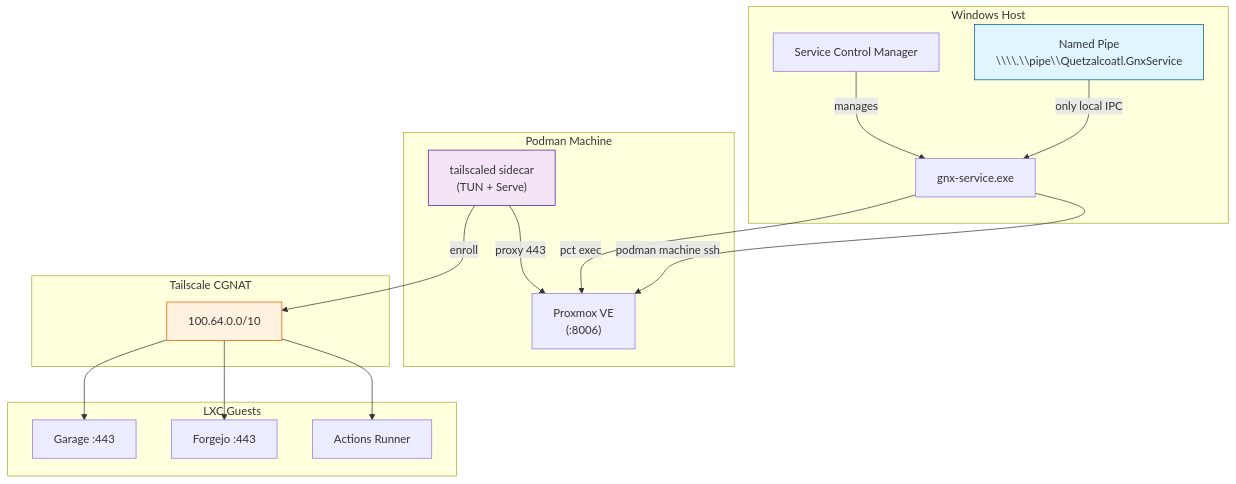
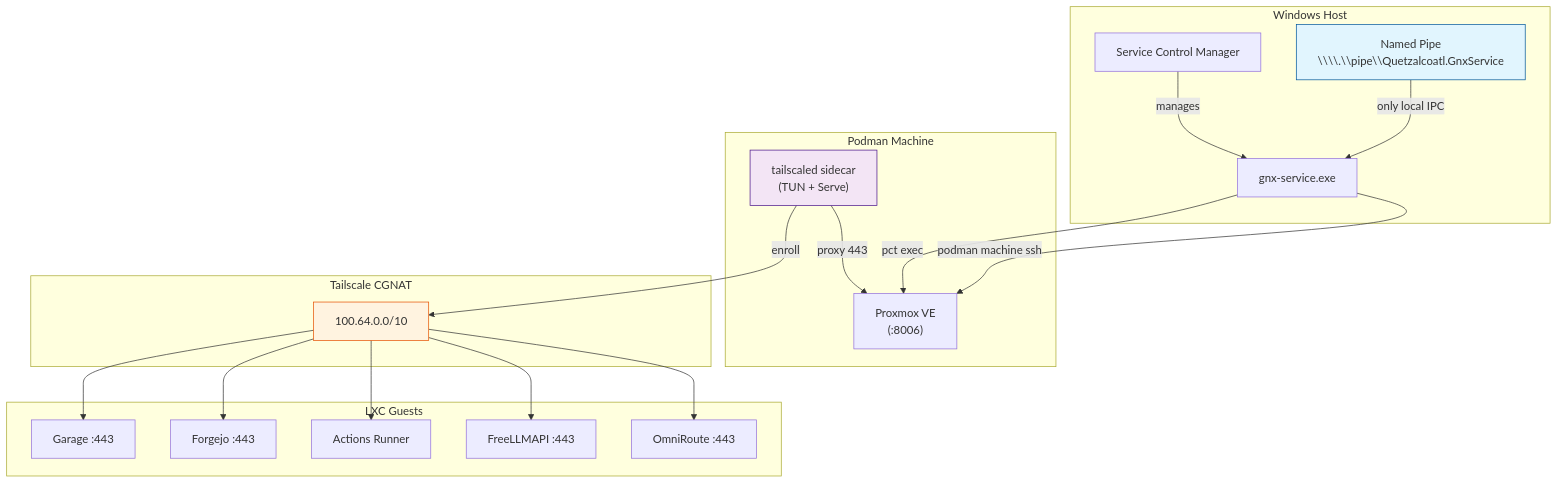
The fifth of 5 diagrams in docs/ARCHITECTURE.md (mayas-alas/quetzalcoatl), drawn with Mermaid before and after one commit. The commit also changed other lines of this file and 5 other files, not shown here.

Commit message:
docs: agent workflow guide, workstream-claim template, architecture resolution

````diff
--- a/docs/ARCHITECTURE.md
+++ b/docs/ARCHITECTURE.md
@@ -304,39 +302,43 @@
 ```mermaid
 graph TB
     subgraph "Windows Host"
         HostPipe["Named Pipe<br/>\\\\.\\pipe\\Quetzalcoatl.GnxService"]
         SCM["Service Control Manager"]
         Service["gnx-service.exe"]
     end
 
     subgraph "Podman Machine"
         TailscaleSidecar["tailscaled sidecar<br/>(TUN + Serve)"]
         Proxmox["Proxmox VE<br/>(:8006)"]
     end
 
     subgraph "Tailscale CGNAT"
         Tailnet["100.64.0.0/10"]
     end
 
     subgraph "LXC Guests"
         Garage["Garage :443"]
         Forgejo["Forgejo :443"]
         Runner["Actions Runner"]
+        FreeLLMAPI["FreeLLMAPI :443"]
+        OmniRoute["OmniRoute :443"]
     end
 
     HostPipe -->|only local IPC| Service
     SCM -->|manages| Service
     Service -->|podman machine ssh| Proxmox
     Service -->|pct exec| Proxmox
 
     TailscaleSidecar -->|proxy 443| Proxmox
     TailscaleSidecar -->|enroll| Tailnet
 
     Tailnet --> Garage
     Tailnet --> Forgejo
     Tailnet --> Runner
+    Tailnet --> FreeLLMAPI
+    Tailnet --> OmniRoute
 
     style HostPipe fill:#e1f5fe,stroke:#01579b
     style TailscaleSidecar fill:#f3e5f5,stroke:#4a148c
     style Tailnet fill:#fff3e0,stroke:#e65100
 ```
````
